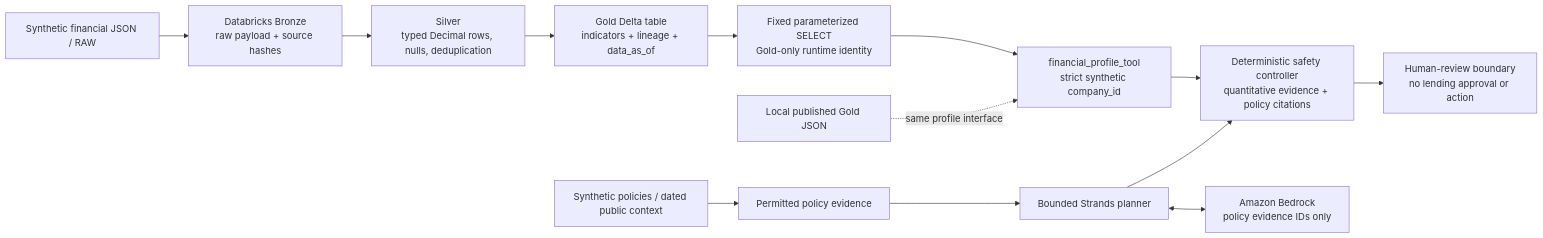
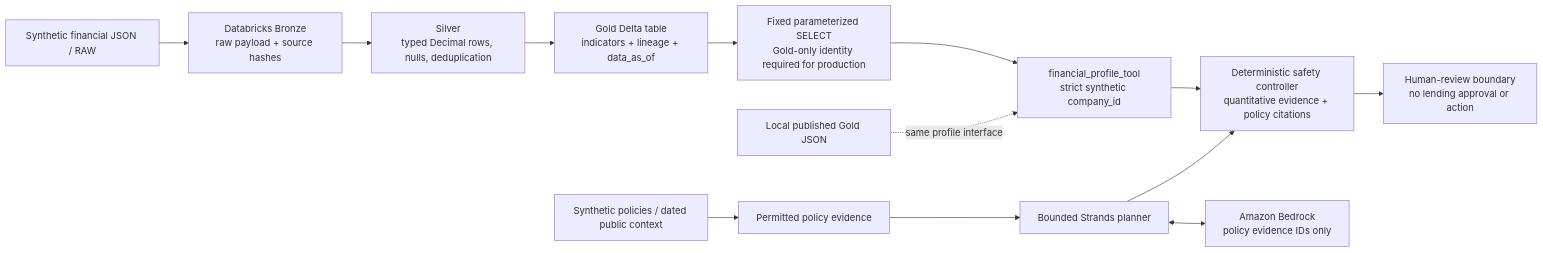
One commit to 200lz/banking-ai-prototype-lab changed the diagram in docs/databricks-architecture.md. Above: the diagram before and after it, drawn with Mermaid. The commit also changed other lines of this file and 19 other files, not shown here.

````diff
--- a/docs/databricks-architecture.md
+++ b/docs/databricks-architecture.md
@@ -13,15 +14,15 @@
 ```mermaid
 flowchart LR
     R[Synthetic financial JSON / RAW] --> B[Databricks Bronze<br/>raw payload + source hashes]
     B --> S[Silver<br/>typed Decimal rows, nulls, deduplication]
     S --> G[Gold Delta table<br/>indicators + lineage + data_as_of]
-    G --> Q[Fixed parameterized SELECT<br/>Gold-only runtime identity]
+    G --> Q[Fixed parameterized SELECT<br/>Gold-only identity required for production]
     Q --> T[financial_profile_tool<br/>strict synthetic company_id]
     T --> C[Deterministic safety controller<br/>quantitative evidence + policy citations]
     P[Synthetic policies / dated public context] --> E[Permitted policy evidence]
     E --> A[Bounded Strands planner]
     A <--> M[Amazon Bedrock<br/>policy evidence IDs only]
     A --> C
     C --> H[Human-review boundary<br/>no lending approval or action]
     L[Local published Gold JSON] -. same profile interface .-> T
 ```
````
